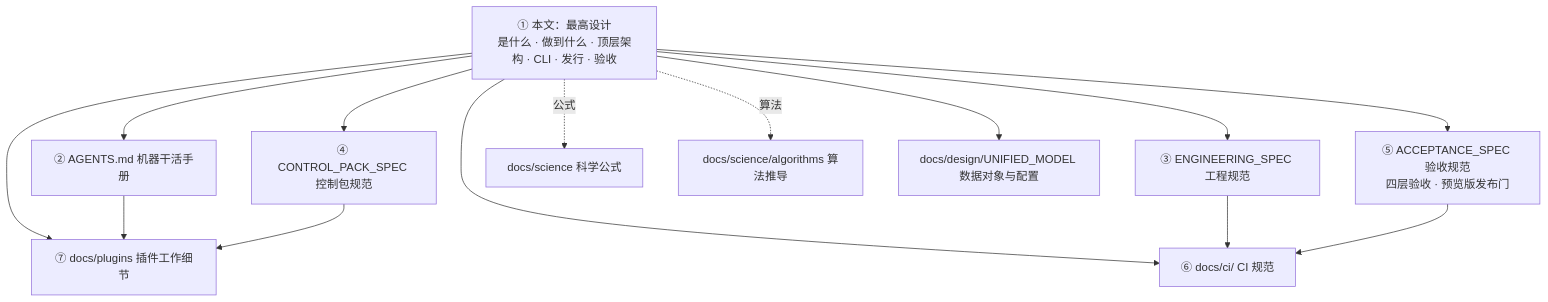
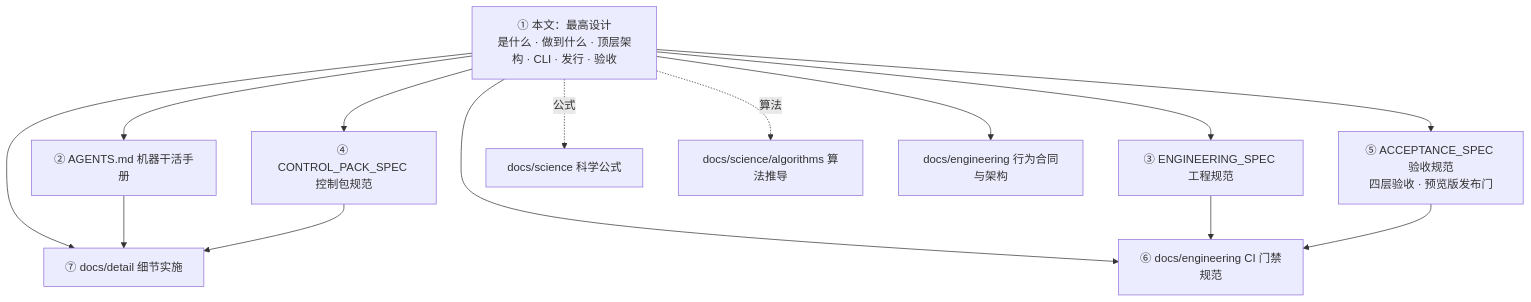
Before and after one commit to fujiaze/Astro-CS-Database: the first of 12 diagrams in docs/ASTROCS_DESIGN.md, drawn with Mermaid. The commit also changed other lines of this file and 20 other files, not shown here.

````diff
--- a/docs/ASTROCS_DESIGN.md
+++ b/docs/ASTROCS_DESIGN.md
@@ -9,21 +9,21 @@
 ```mermaid
 flowchart TD
     D["① 本文：最高设计<br/>是什么 · 做到什么 · 顶层架构 · CLI · 发行 · 验收"]
     A["② AGENTS.md 机器干活手册"]
     E["③ ENGINEERING_SPEC 工程规范"]
     C["④ CONTROL_PACK_SPEC 控制包规范"]
     ACC["⑤ ACCEPTANCE_SPEC 验收规范<br/>四层验收 · 预览版发布门"]
-    CI["⑥ docs/ci/ CI 规范"]
-    P["⑦ docs/plugins 插件工作细节"]
+    CI["⑥ docs/engineering CI 门禁规范"]
+    P["⑦ docs/detail 细节实施"]
     S["docs/science 科学公式"]
     AL["docs/science/algorithms 算法推导"]
-    U["docs/design/UNIFIED_MODEL 数据对象与配置"]
+    U["docs/engineering 行为合同与架构"]
     D --> A & E & C & ACC & CI & P
     D --> U
     D -.公式.-> S
     D -.算法.-> AL
     A --> P
     E --> CI
     C --> P
     ACC --> CI
 ```
````
